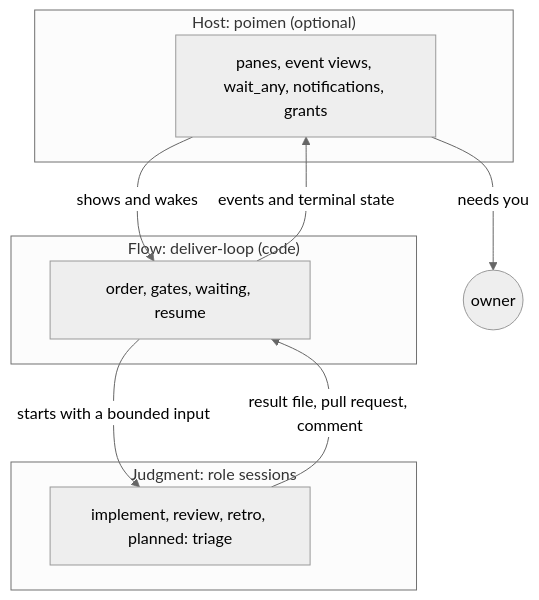
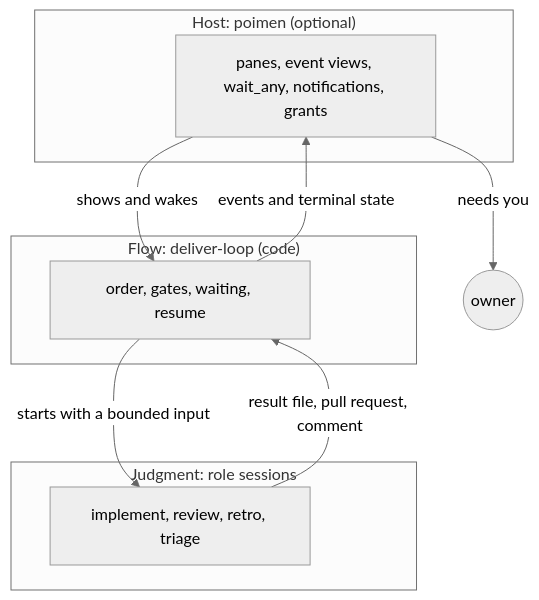
Before and after one commit to GravionLabs/skills: the first of 2 diagrams in site/delivery/model.md, drawn with Mermaid (neutral theme). The commit also changed other lines of this file and 21 other files, not shown here.

````diff
--- a/site/delivery/model.md
+++ b/site/delivery/model.md
@@ -47,17 +47,17 @@
 ```mermaid
 flowchart TB
   subgraph Host["Host: poimen (optional)"]
     H[panes, event views, wait_any, notifications, grants]
   end
   subgraph Flow["Flow: deliver-loop (code)"]
     L[order, gates, waiting, resume]
   end
   subgraph Judgment["Judgment: role sessions"]
-    J[implement, review, retro, planned: triage]
+    J[implement, review, retro, triage]
   end
   H -->|shows and wakes| L
   L -->|starts with a bounded input| J
   J -->|result file, pull request, comment| L
   L -->|events and terminal state| H
   H -->|needs you| O((owner))
 ```
````
